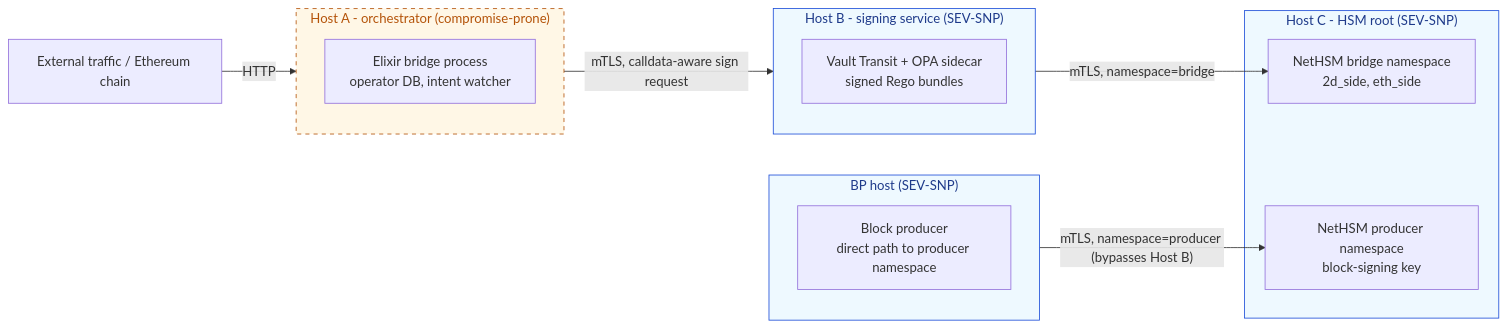
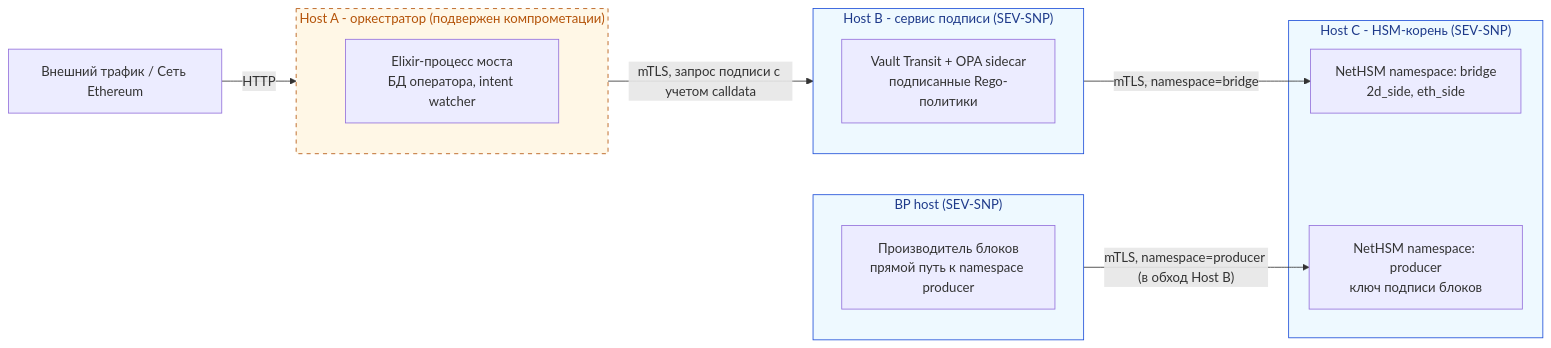
The first of 3 diagrams in src/content/docs/ru/architecture/hsm-topology.mdx (igor53627/2d-docs), drawn with Mermaid before and after one commit. The commit also changed other lines of this file and 17 other files, not shown here.

````diff
--- a/src/content/docs/ru/architecture/hsm-topology.mdx
+++ b/src/content/docs/ru/architecture/hsm-topology.mdx
@@ -40,24 +40,24 @@
 ```mermaid
 flowchart LR
-  user["External traffic / Ethereum chain"] -->|HTTP| A
-  subgraph A["Host A - orchestrator (compromise-prone)"]
-    orch["Elixir bridge process<br/>operator DB, intent watcher"]
+  user["Внешний трафик / Сеть Ethereum"] -->|HTTP| A
+  subgraph A["Host A - оркестратор (подвержен компрометации)"]
+    orch["Elixir-процесс моста<br/>БД оператора, intent watcher"]
   end
-  subgraph B["Host B - signing service (SEV-SNP)"]
-    vault["Vault Transit + OPA sidecar<br/>signed Rego bundles"]
+  subgraph B["Host B - сервис подписи (SEV-SNP)"]
+    vault["Vault Transit + OPA sidecar<br/>подписанные Rego-политики"]
   end
-  subgraph C["Host C - HSM root (SEV-SNP)"]
-    hsmBridge["NetHSM bridge namespace<br/>2d_side, eth_side"]
-    hsmProducer["NetHSM producer namespace<br/>block-signing key"]
+  subgraph C["Host C - HSM-корень (SEV-SNP)"]
+    hsmBridge["NetHSM namespace: bridge<br/>2d_side, eth_side"]
+    hsmProducer["NetHSM namespace: producer<br/>ключ подписи блоков"]
   end
   subgraph BP["BP host (SEV-SNP)"]
-    producer["Block producer<br/>direct path to producer namespace"]
+    producer["Производитель блоков<br/>прямой путь к namespace producer"]
   end
-  A -->|"mTLS, calldata-aware sign request"| B
+  A -->|"mTLS, запрос подписи с учетом calldata"| B
   B -->|"mTLS, namespace=bridge"| hsmBridge
-  BP -->|"mTLS, namespace=producer (bypasses Host B)"| hsmProducer
+  BP -->|"mTLS, namespace=producer (в обход Host B)"| hsmProducer
   classDef compromiseProne fill:#fff7e6,stroke:#b45309,color:#b45309,stroke-dasharray: 5 5
   classDef snp fill:#eef9ff,stroke:#1d4ed8,color:#1e3a8a
   class A compromiseProne
   class B,C,BP snp
 ```
````
